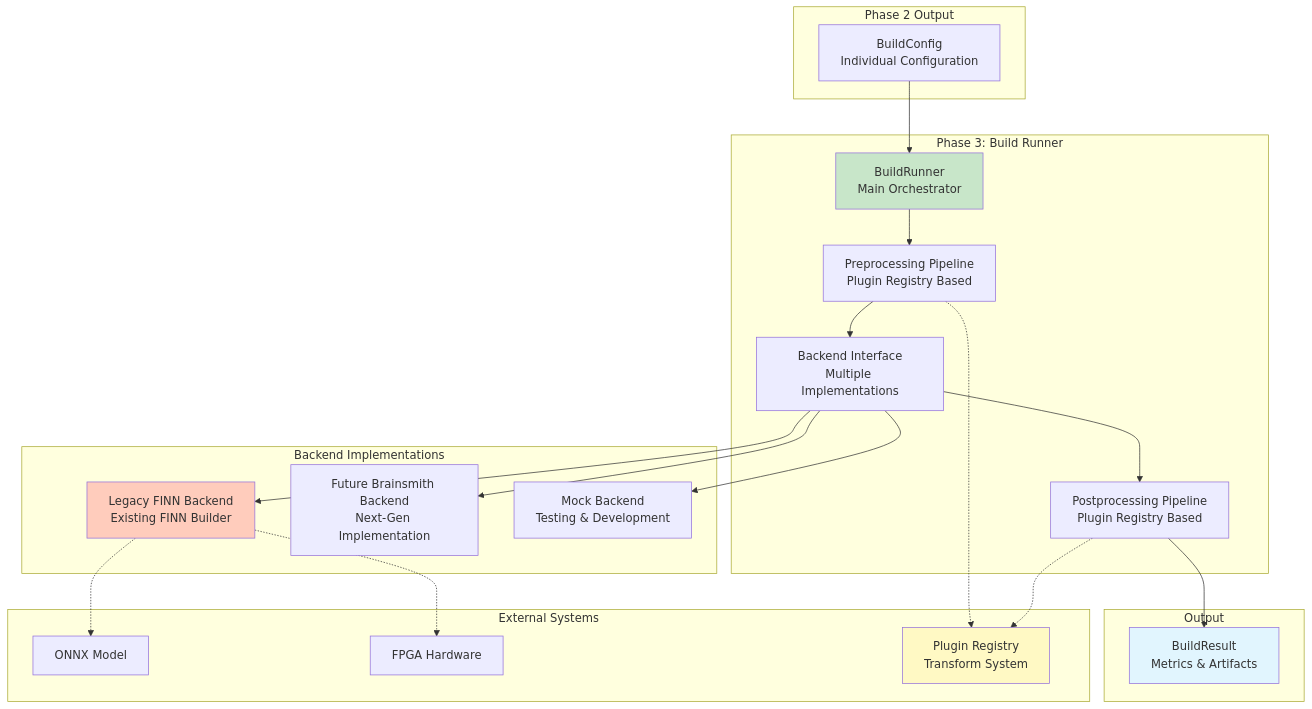
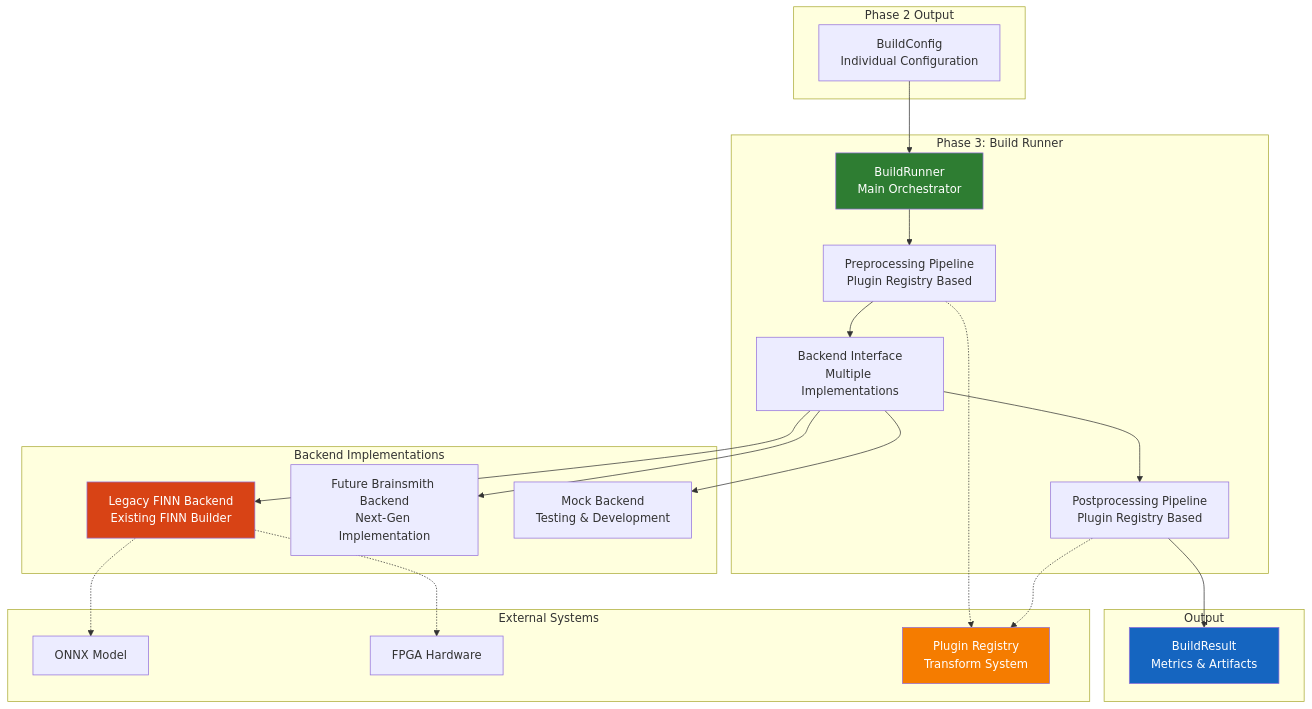
The first of 12 diagrams in brainsmith/core/phase3/PHASE3_ARCHITECTURE.md (microsoft/Brainsmith), drawn with Mermaid before and after one commit. The commit also changed other lines of this file and 40 other files, not shown here.

````diff
--- a/brainsmith/core/phase3/PHASE3_ARCHITECTURE.md
+++ b/brainsmith/core/phase3/PHASE3_ARCHITECTURE.md
@@ -25,49 +25,49 @@
 ```mermaid
 graph TB
     subgraph "Phase 2 Output"
         BC[BuildConfig<br/>Individual Configuration]
     end
     
     subgraph "Phase 3: Build Runner"
         BR[BuildRunner<br/>Main Orchestrator]
         PRE[Preprocessing Pipeline<br/>Plugin Registry Based]
         BACKEND[Backend Interface<br/>Multiple Implementations]
         POST[Postprocessing Pipeline<br/>Plugin Registry Based]
     end
     
     subgraph "Backend Implementations"
         FINN[Legacy FINN Backend<br/>Existing FINN Builder]
         FUTURE[Future Brainsmith Backend<br/>Next-Gen Implementation]
         MOCK[Mock Backend<br/>Testing & Development]
     end
     
     subgraph "Output"
         RESULT[BuildResult<br/>Metrics & Artifacts]
     end
     
     subgraph "External Systems"
         ONNX[ONNX Model]
         FPGA[FPGA Hardware]
         PLUGIN[Plugin Registry<br/>Transform System]
     end
     
     BC --> BR
     BR --> PRE
     PRE --> BACKEND
     BACKEND --> POST
     POST --> RESULT
     
     BACKEND --> FINN
     BACKEND --> FUTURE
     BACKEND --> MOCK
     
     PRE -.-> PLUGIN
     POST -.-> PLUGIN
     FINN -.-> ONNX
     FINN -.-> FPGA
     
-    style BR fill:#c8e6c9
-    style RESULT fill:#e1f5fe
-    style PLUGIN fill:#fff9c4
-    style FINN fill:#ffccbc
+    style BR fill:#2e7d32,color:#fff
+    style RESULT fill:#1565c0,color:#fff
+    style PLUGIN fill:#f57c00,color:#fff
+    style FINN fill:#d84315,color:#fff
 ```
````
